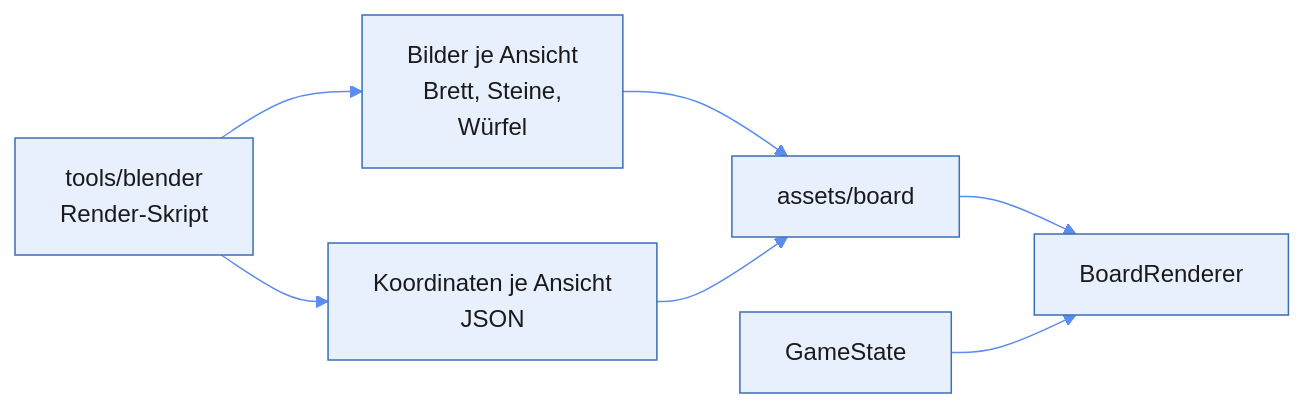
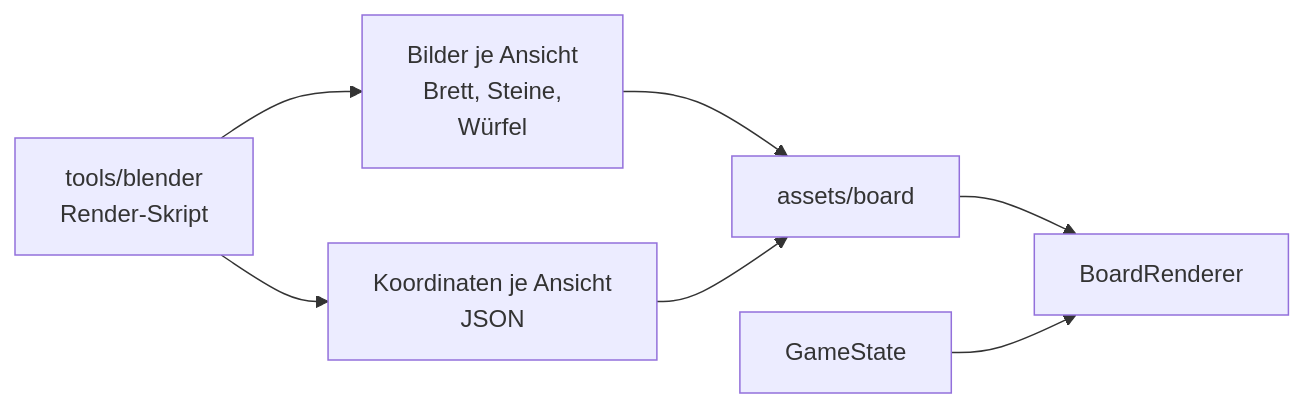
The third of 3 diagrams in docs/architektur.md (agerber72/backgammon), drawn with Mermaid before and after one commit. The commit also changed other lines of this file and 147 other files, not shown here.

````diff
--- a/docs/architektur.md
+++ b/docs/architektur.md
@@ -115,10 +113,9 @@
 ```mermaid
-%%{init: {"theme": "base", "themeVariables": {"primaryColor": "#e8f0fe", "primaryTextColor": "#1a1a1a", "primaryBorderColor": "#3b6fb6", "lineColor": "#5b8def", "secondaryColor": "#f3f4f6", "tertiaryColor": "#f3f4f6", "clusterBkg": "#f3f4f6", "clusterBorder": "#9aa0a6", "titleColor": "#1a1a1a", "signalColor": "#5b8def", "signalTextColor": "#5b8def", "actorTextColor": "#1a1a1a", "actorLineColor": "#5b8def"}}}%%
 flowchart LR
     B["tools/blender<br/>Render-Skript"] --> I["Bilder je Ansicht<br/>Brett, Steine,<br/>Würfel"]
     B --> K["Koordinaten je Ansicht<br/>JSON"]
     I --> A["assets/board"]
     K --> A
     A --> R["BoardRenderer"]
     Z["GameState"] --> R
 ```
````
